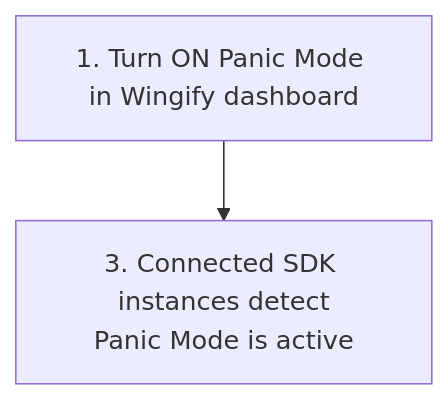
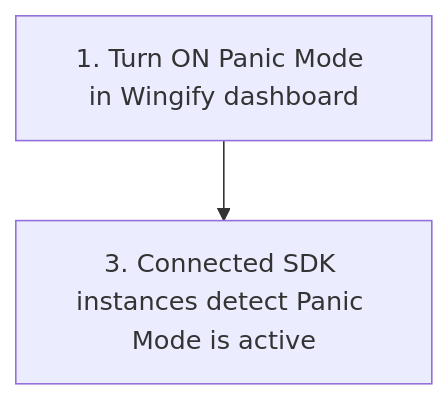
One commit to wingify/readme-central changed the first of 3 diagrams in docs/Concepts/panic-mode-and-force-refresh.md. Above: the diagram before and after it, drawn with Mermaid. The commit also changed other lines of this file, not shown here.

Commit message:
Update doc `panic-mode-and-force-refresh`

````diff
--- a/docs/Concepts/panic-mode-and-force-refresh.md
+++ b/docs/Concepts/panic-mode-and-force-refresh.md
@@ -53,7 +53,7 @@
 ```mermaid
 flowchart TD
   A["1. Turn ON Panic Mode in Wingify dashboard"]
-  B["3. Connected SDK instances detect\nPanic Mode is active"]
+  B["3. Connected SDK instances detect Panic Mode is active"]
 
   A --> B
 ```
````
